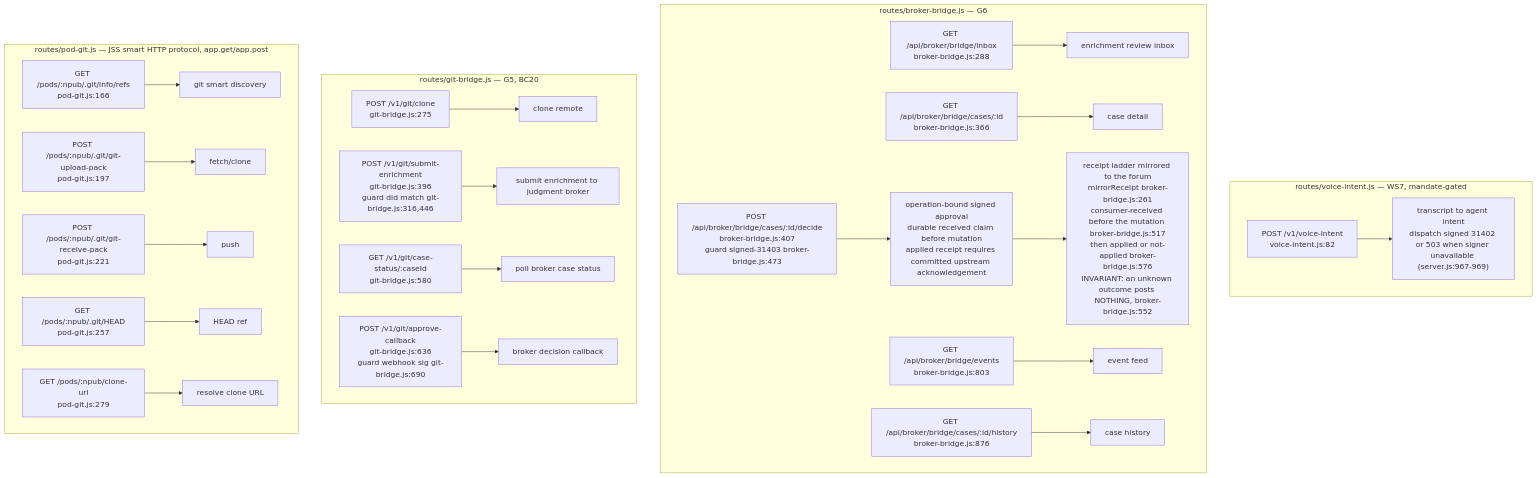
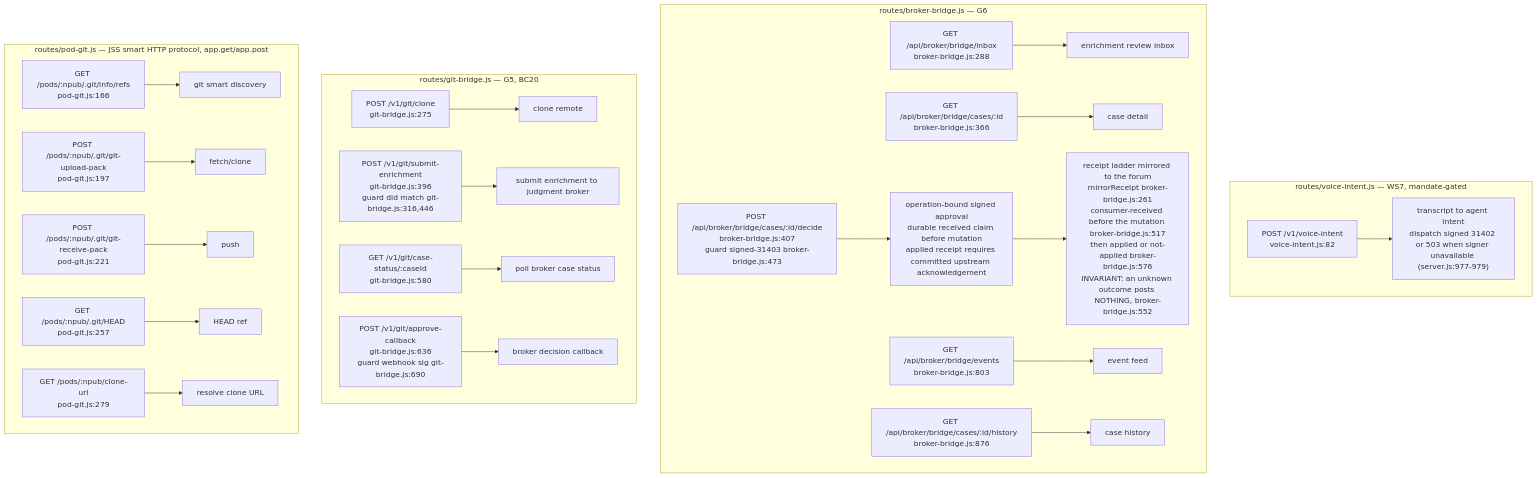
Before and after one commit to DreamLab-AI/VisionFlow: diagram 11 of 17 in docs/diagrams/agentbox/03-management-api-request-lifecycle.md, drawn with Mermaid. The commit also changed other lines of this file and 94 other files, not shown here.

First line of the commit message:
docs(diagrams): re-verify 130 topics against 2 October HEADs

````diff
--- a/docs/diagrams/agentbox/03-management-api-request-lifecycle.md
+++ b/docs/diagrams/agentbox/03-management-api-request-lifecycle.md
@@ -424,27 +424,27 @@
 ```mermaid
 flowchart TD
     subgraph vi["routes/voice-intent.js — WS7, mandate-gated"]
-        VI1["POST /v1/voice-intent<br/>voice-intent.js:82"] --> VIH1["transcript to agent intent<br/>dispatch signed 31402 or 503 when signer unavailable (server.js:967-969)"]
+        VI1["POST /v1/voice-intent<br/>voice-intent.js:82"] --> VIH1["transcript to agent intent<br/>dispatch signed 31402 or 503 when signer unavailable (server.js:977-979)"]
     end
     subgraph bb["routes/broker-bridge.js — G6"]
         BB1["GET /api/broker/bridge/inbox<br/>broker-bridge.js:288"] --> BBH1["enrichment review inbox"]
         BB2["GET /api/broker/bridge/cases/:id<br/>broker-bridge.js:366"] --> BBH2["case detail"]
         BB3["POST /api/broker/bridge/cases/:id/decide<br/>broker-bridge.js:407<br/>guard signed-31403 broker-bridge.js:473"] --> BBH3["operation-bound signed approval<br/>durable received claim before mutation<br/>applied receipt requires committed upstream acknowledgement"]
         BBH3 --> BBH3B["receipt ladder mirrored to the forum<br/>mirrorReceipt broker-bridge.js:261<br/>consumer-received before the mutation broker-bridge.js:517<br/>then applied or not-applied broker-bridge.js:576<br/>INVARIANT: an unknown outcome posts NOTHING, broker-bridge.js:552"]
         BB4["GET /api/broker/bridge/events<br/>broker-bridge.js:803"] --> BBH4["event feed"]
         BB5["GET /api/broker/bridge/cases/:id/history<br/>broker-bridge.js:876"] --> BBH5["case history"]
     end
     subgraph gb["routes/git-bridge.js — G5, BC20"]
         GB1["POST /v1/git/clone<br/>git-bridge.js:275"] --> GBH1["clone remote"]
         GB2["POST /v1/git/submit-enrichment<br/>git-bridge.js:396<br/>guard did match git-bridge.js:316,446"] --> GBH2["submit enrichment to judgment broker"]
         GB3["GET /v1/git/case-status/:caseId<br/>git-bridge.js:580"] --> GBH3["poll broker case status"]
         GB4["POST /v1/git/approve-callback<br/>git-bridge.js:636<br/>guard webhook sig git-bridge.js:690"] --> GBH4["broker decision callback"]
     end
     subgraph pg["routes/pod-git.js — JSS smart HTTP protocol, app.get/app.post"]
         PG1["GET /pods/:npub/.git/info/refs<br/>pod-git.js:166"] --> PGH1["git smart discovery"]
         PG2["POST /pods/:npub/.git/git-upload-pack<br/>pod-git.js:197"] --> PGH2["fetch/clone"]
         PG3["POST /pods/:npub/.git/git-receive-pack<br/>pod-git.js:221"] --> PGH3["push"]
         PG4["GET /pods/:npub/.git/HEAD<br/>pod-git.js:257"] --> PGH4["HEAD ref"]
         PG5["GET /pods/:npub/clone-url<br/>pod-git.js:279"] --> PGH5["resolve clone URL"]
     end
 ```
````
